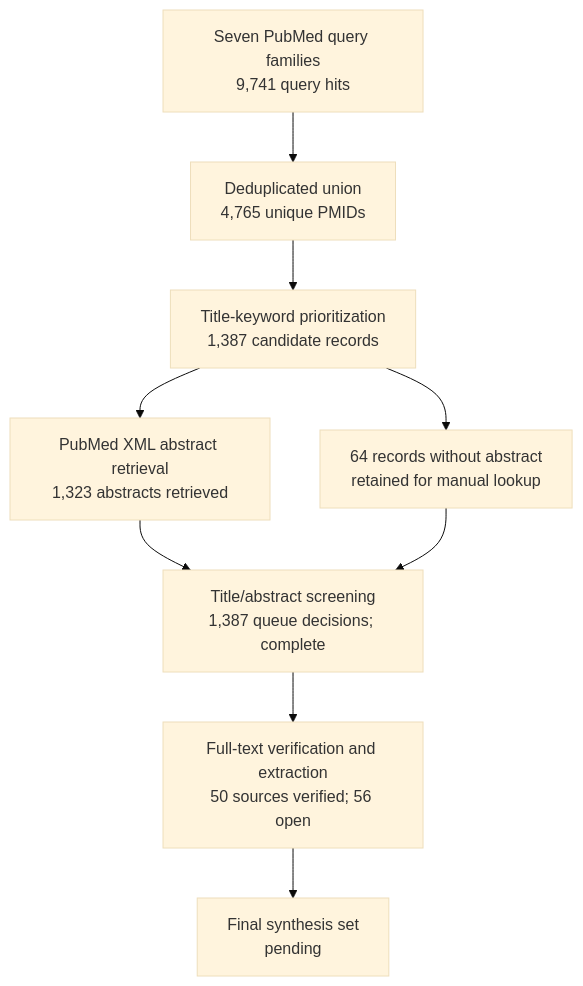
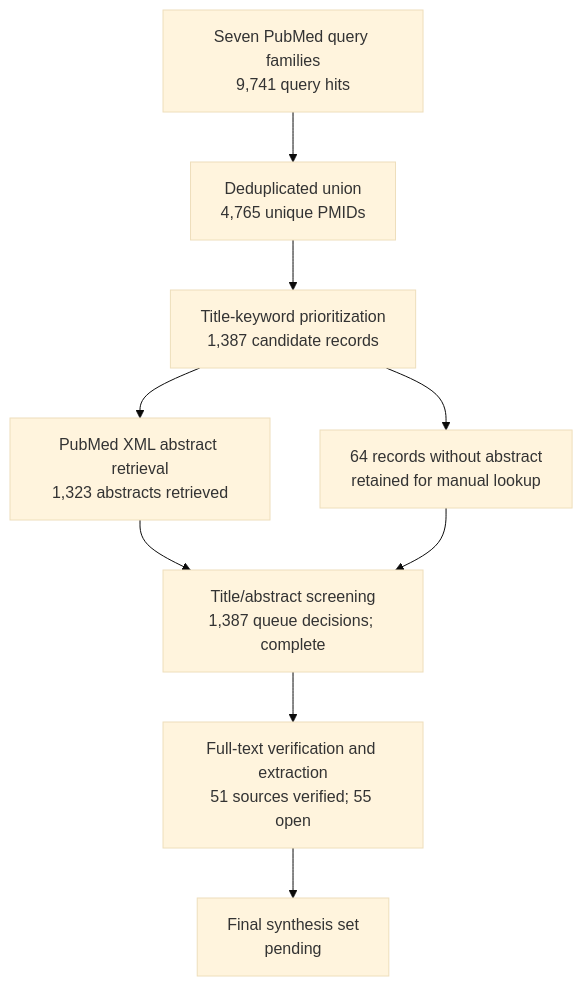
Before and after one commit to dcmcshan/artemisia: the diagram in manuscript/review-flow.md, drawn with Mermaid (base theme). The commit also changed other lines of this file and 13 other files, not shown here.

Commit message:
Add full-text wormwood chemotype evidence

````diff
--- a/manuscript/review-flow.md
+++ b/manuscript/review-flow.md
@@ -5,11 +5,11 @@
 ```mermaid
 flowchart TB
   Q[Seven PubMed query families<br/>9,741 query hits] --> U[Deduplicated union<br/>4,765 unique PMIDs]
   U --> T[Title-keyword prioritization<br/>1,387 candidate records]
   T --> A[PubMed XML abstract retrieval<br/>1,323 abstracts retrieved]
   T --> N[64 records without abstract<br/>retained for manual lookup]
   A --> M[Title/abstract screening<br/>1,387 queue decisions; complete]
   N --> M
-  M --> F[Full-text verification and extraction<br/>50 sources verified; 56 open]
+  M --> F[Full-text verification and extraction<br/>51 sources verified; 55 open]
   F --> S[Final synthesis set<br/>pending]
 ```
````
